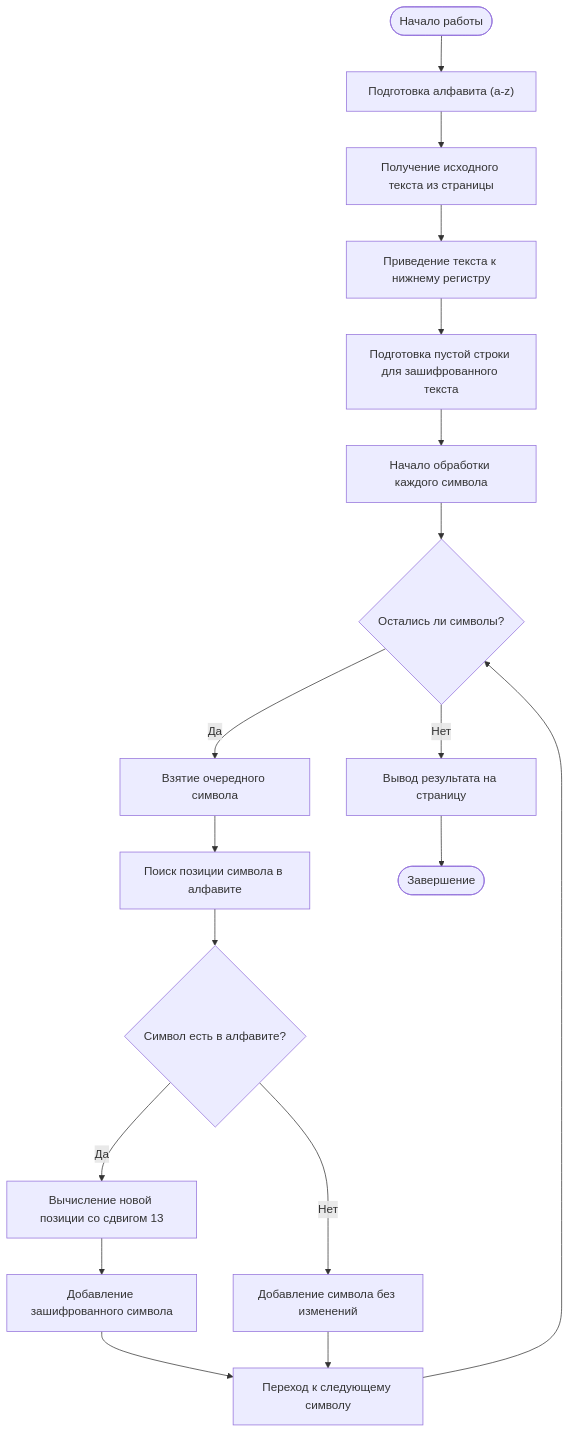
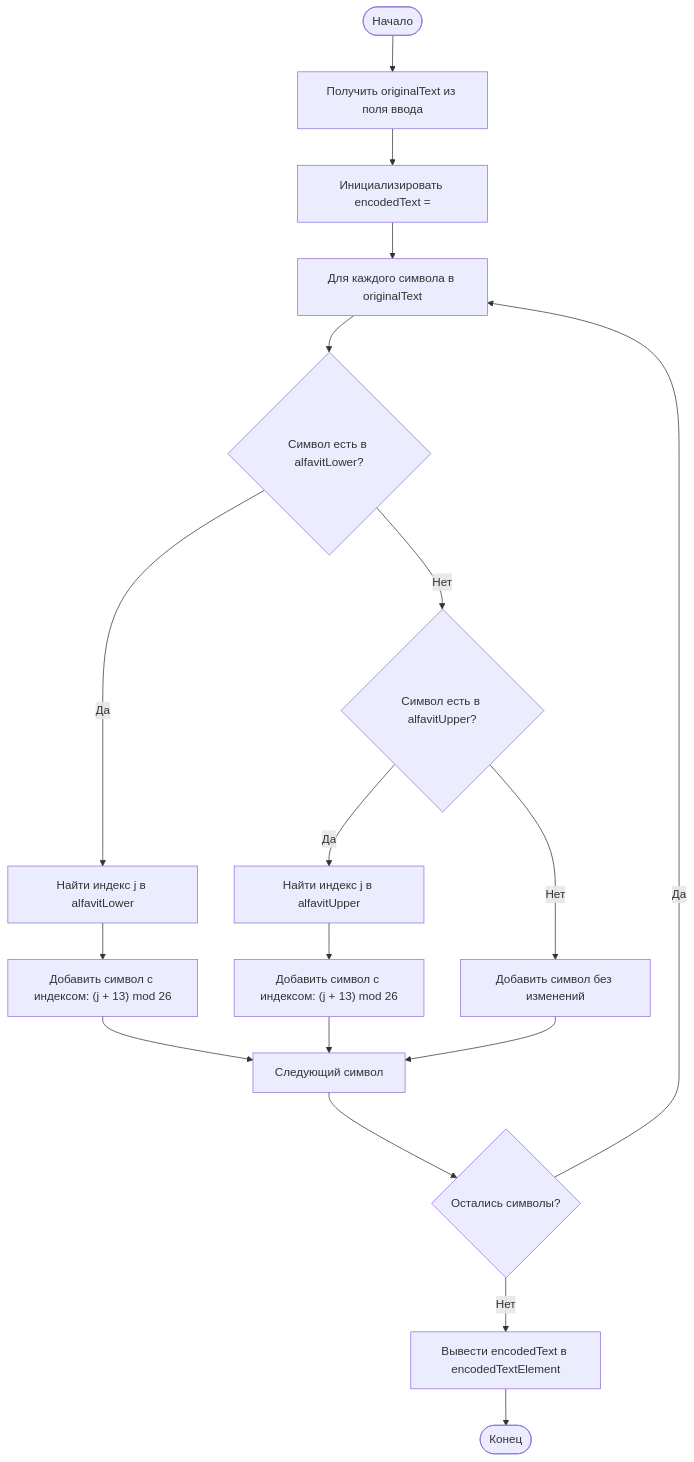
Before and after one commit to artemiysm/sumerPractic: the diagram in README.md, drawn with Mermaid.

````diff
--- a/README.md
+++ b/README.md
@@ -1,20 +1,23 @@
 ```mermaid
 flowchart TD
-    A([Начало работы]) --> B["Подготовка алфавита (a-z)"]
-    B --> C["Получение исходного текста из страницы"]
-    C --> D["Приведение текста к нижнему регистру"]
-    D --> E["Подготовка пустой строки для зашифрованного текста"]
-    E --> F["Начало обработки каждого символа"]
-    F --> G{"Остались ли символы?"}
-    G --> |Да| H["Взятие очередного символа"]
-    H --> I["Поиск позиции символа в алфавите"]
-    I --> J{"Символ есть в алфавите?"}
-    J --> |Нет| K["Добавление символа без изменений"]
-    J --> |Да| L["Вычисление новой позиции со сдвигом 13"]
-    L --> M["Добавление зашифрованного символа"]
-    M --> N["Переход к следующему символу"]
-    K --> N
-    N --> G
-    G --> |Нет| O["Вывод результата на страницу"]
-    O --> P([Завершение])
+    A([Начало]) --> B[Получить originalText из поля ввода]
+    B --> C[Инициализировать encodedText = ""]
+    C --> D[Для каждого символа в originalText]
+    D --> E{Символ есть в alfavitLower?}
+    E -- Да --> F[Найти индекс j в alfavitLower]
+    F --> G["Добавить символ с индексом: (j + 13) mod 26"]
+    G --> J[Следующий символ]
+
+    E -- Нет --> H{Символ есть в alfavitUpper?}
+    H -- Да --> I[Найти индекс j в alfavitUpper]
+    I --> K["Добавить символ с индексом: (j + 13) mod 26"]
+    K --> J
+
+    H -- Нет --> L[Добавить символ без изменений]
+    L --> J
+
+    J --> M{Остались символы?}
+    M -- Да --> D
+    M -- Нет --> N[Вывести encodedText в encodedTextElement]
+    N --> Z([Конец])
 ```
````
